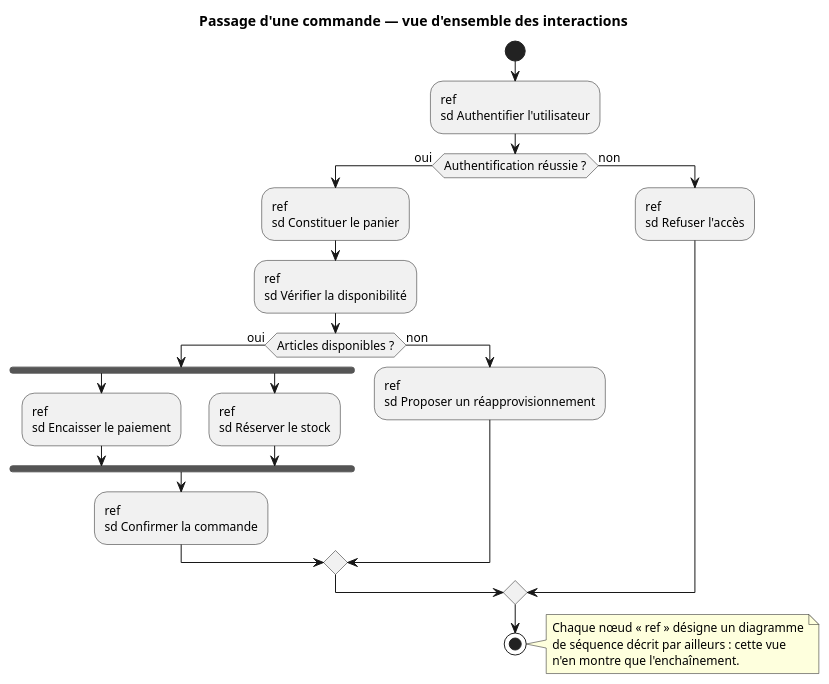
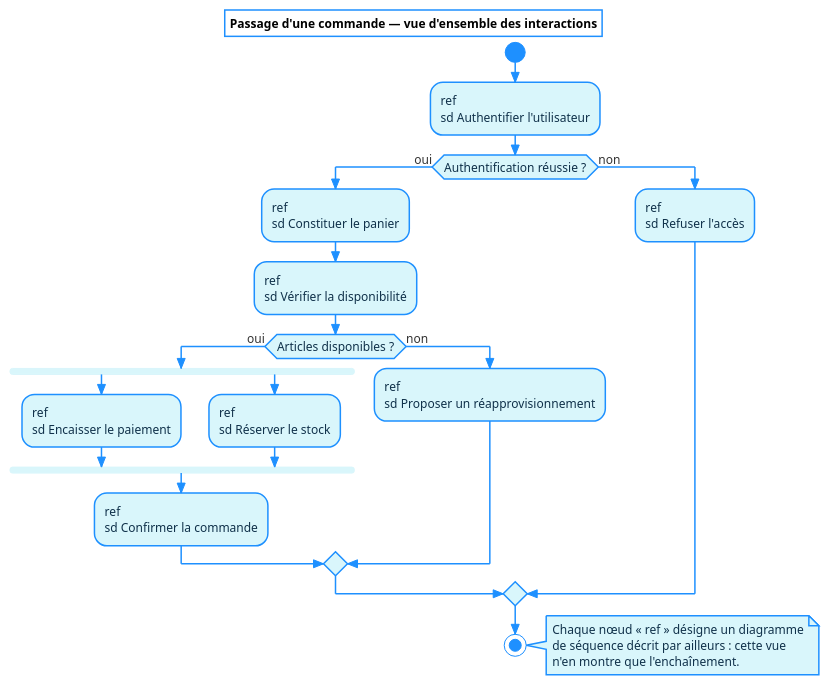
The diagram in templates/14-diagramme-vue-ensemble-interactions.puml (STALKER1709/PLANTUMLStudio), drawn with PlantUML before and after one commit. The commit also changed 16 other files, not shown here.

```diff
--- a/templates/14-diagramme-vue-ensemble-interactions.puml
+++ b/templates/14-diagramme-vue-ensemble-interactions.puml
@@ -3,55 +3,103 @@
 @startuml
 title Passage d'une commande — vue d'ensemble des interactions
 
-skinparam defaultFontName "Segoe UI"
-skinparam defaultFontSize 12
+' ── Formalisme commun — voir docs/formalisme.md ──────────────────────
+' Palette : fond cyan clair, bordures et flèches bleues, têtes d'acteurs
+' en jaune pâle. Les états initiaux et finaux restent des cercles pleins.
+<style>
+root {
+  FontName "Segoe UI"
+  FontSize 12
+  BackGroundColor #FFFFFF
+  LineColor #1E90FF
+  LineThickness 1.5
+}
+element {
+  BackGroundColor #D9F6FB
+  LineColor #1E90FF
+  FontColor #10314A
+}
+arrow {
+  LineColor #1E90FF
+  FontColor #333333
+}
+activityDiagram {
+  circle {
+    BackGroundColor #1E90FF
+    LineColor #1E90FF
+  }
+}
+stateDiagram {
+  circle {
+    BackGroundColor #1E90FF
+    LineColor #1E90FF
+  }
+}
+</style>
 skinparam shadowing false
+' Les conteneurs (cadre système, paquetages, nœuds) restent transparents :
+' seuls les éléments qu'ils portent sont colorés, comme dans le formalisme de
+' référence.
+skinparam rectangleBackgroundColor transparent
+skinparam packageBackgroundColor transparent
+skinparam nodeBackgroundColor transparent
+skinparam folderBackgroundColor transparent
+skinparam frameBackgroundColor transparent
+skinparam cloudBackgroundColor transparent
+skinparam actorBackgroundColor #FFF6B0
+skinparam actorBorderColor #1E90FF
+' Marqueurs de visibilité littéraux + - # plutôt que des icônes colorées
+skinparam classAttributeIconSize 0
+' « Il est représenté par un dossier avec son nom à l'intérieur »
+skinparam packageStyle folder
+' Pointes de flèches UML strictes : synchrone, asynchrone, retour
+skinparam style strictuml
 
 ' Formalisme retenu, par extension de celui du diagramme d'activité :
 '   - la structure de contrôle (début, décisions, fin) suit le formalisme
 '     du diagramme d'activité ;
 '   - chaque nœud « ref sd <nom> » renvoie à un diagramme de séquence
 '     existant plutôt que de décrire une action élémentaire.
 start
 
 :ref
 sd Authentifier l'utilisateur;
 
 if (Authentification réussie ?) then (oui)
 
   :ref
   sd Constituer le panier;
 
   :ref
   sd Vérifier la disponibilité;
 
   if (Articles disponibles ?) then (oui)
     fork
       :ref
       sd Encaisser le paiement;
     fork again
       :ref
       sd Réserver le stock;
     end fork
 
     :ref
     sd Confirmer la commande;
   else (non)
     :ref
     sd Proposer un réapprovisionnement;
   endif
 
 else (non)
   :ref
   sd Refuser l'accès;
 endif
 
 stop
 
 note right
   Chaque nœud « ref » désigne un diagramme
   de séquence décrit par ailleurs : cette vue
   n'en montre que l'enchaînement.
 end note
 
 @enduml
```
